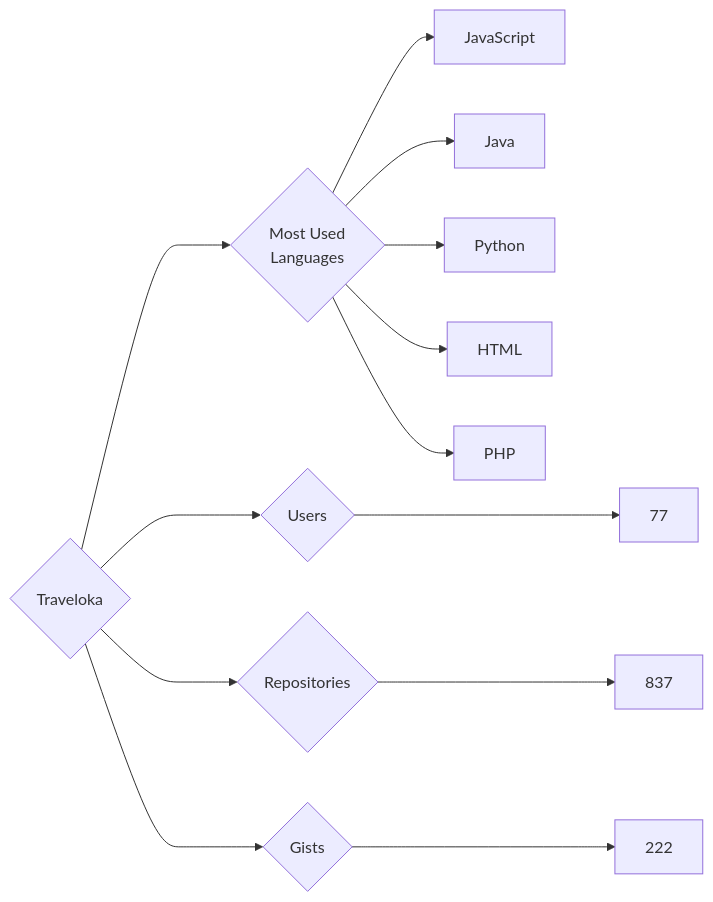
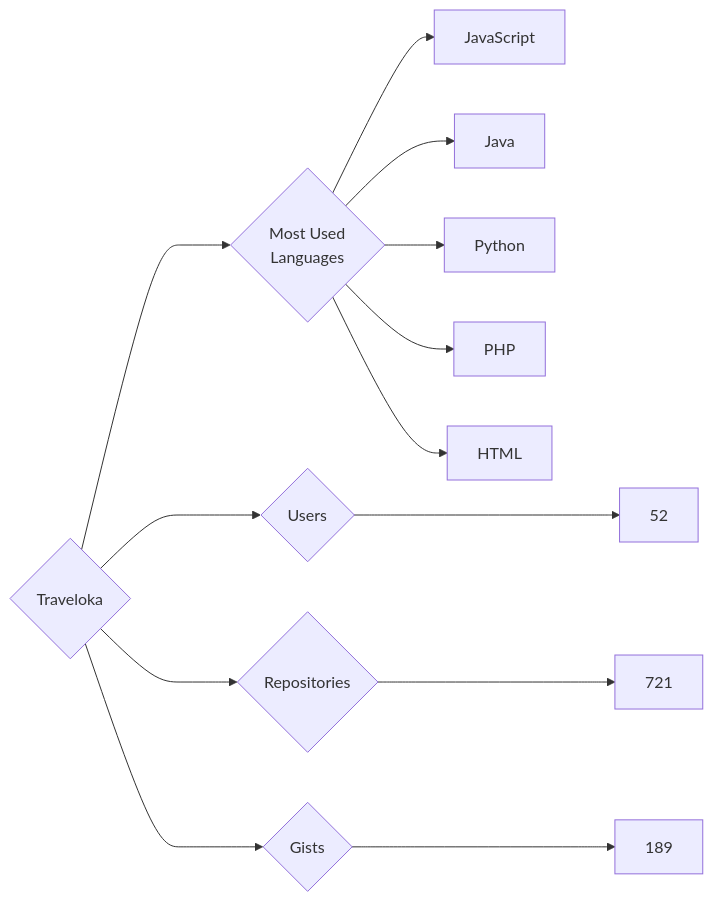
Before and after one commit to trickest/insiders: the diagram in targets/Traveloka/README.md, drawn with Mermaid. The commit also changed 829 other files, not shown here.

````diff
--- a/targets/Traveloka/README.md
+++ b/targets/Traveloka/README.md
@@ -3,13 +3,13 @@
 ```mermaid
 graph LR
 COMPANY_NAME{Traveloka}
-COMPANY_NAME ---> U{Users} ---> UN[77]
-COMPANY_NAME ---> R{Repositories} ---> RN[837]
-COMPANY_NAME ---> G{Gists} ---> GN[222]
+COMPANY_NAME ---> U{Users} ---> UN[52]
+COMPANY_NAME ---> R{Repositories} ---> RN[721]
+COMPANY_NAME ---> G{Gists} ---> GN[189]
 COMPANY_NAME ---> ML{Most Used<br>Languages}
 ML --> JavaScript[JavaScript]
 ML --> Java[Java]
 ML --> Python[Python]
+ML --> PHP[PHP]
 ML --> HTML[HTML]
-ML --> PHP[PHP]
 ```
````
